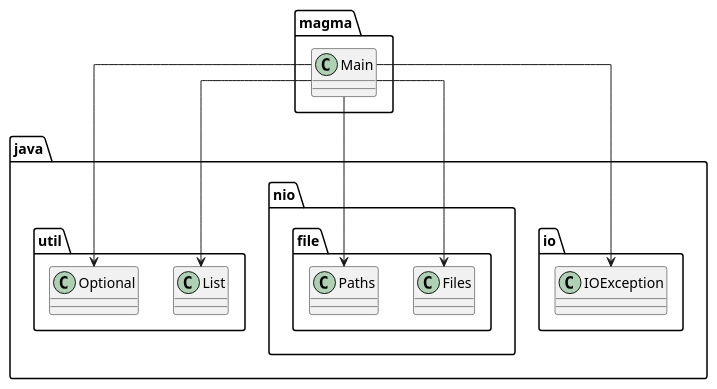
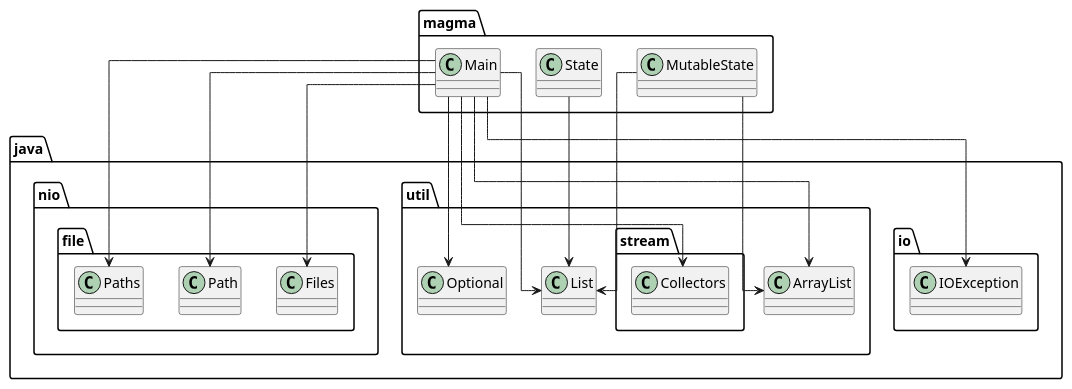
Before and after one commit to SirMathhman/Magma: the diagram in diagram.puml, drawn with PlantUML. The commit also changed 3 other files, not shown here.

```diff
--- a/diagram.puml
+++ b/diagram.puml
@@ -1,9 +1,16 @@
 @startuml
 skinparam linetype ortho
+magma.MutableState --> java.util.ArrayList
+magma.MutableState --> java.util.List
+class magma.MutableState
 magma.Main --> java.io.IOException
 magma.Main --> java.nio.file.Files
+magma.Main --> java.nio.file.Path
 magma.Main --> java.nio.file.Paths
+magma.Main --> java.util.ArrayList
 magma.Main --> java.util.List
 magma.Main --> java.util.Optional
+magma.Main --> java.util.stream.Collectors
 class magma.Main
+magma.State --> java.util.List
 @enduml
```
